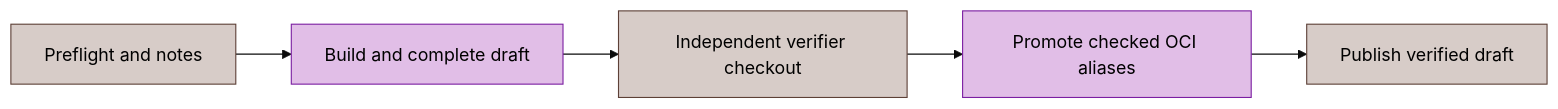
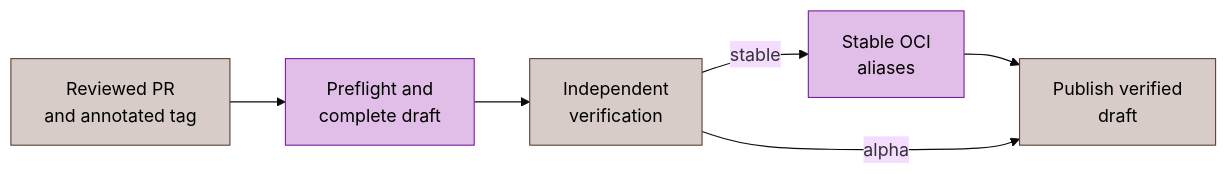
The diagram in docs/en/reference/automation.md (dantte-lp/gobfd), drawn with Mermaid (base theme) before and after one commit. The commit also changed other lines of this file and 35 other files, not shown here.

First line of the commit message:
feat(ci): add verified alpha release proposals and publication

````diff
--- a/docs/en/reference/automation.md
+++ b/docs/en/reference/automation.md
@@ -36,11 +36,12 @@
 ```mermaid
 flowchart LR
-  accTitle: Release verification and publication
-  accDescr: Independent verification precedes alias promotion and the terminal draft publication.
-    identity["Preflight and notes"]:::mgt --> build["Build and complete draft"]:::srv
-    build --> verify["Independent verifier checkout"]:::mgt
-    verify --> aliases["Promote checked OCI aliases"]:::srv
-    aliases --> publish["Publish verified draft"]:::mgt
+  accTitle: Release proposal, verification and publication
+  accDescr: A reviewed release PR and annotated tag precede draft verification; only stable releases promote aliases.
+    proposal["Reviewed PR<br/>and annotated tag"]:::mgt --> build["Preflight and<br/>complete draft"]:::srv
+    build --> verify["Independent<br/>verification"]:::mgt
+    verify -->|"stable"| aliases["Stable OCI<br/>aliases"]:::srv
+    aliases --> publish["Publish verified<br/>draft"]:::mgt
+    verify -->|"alpha"| publish
     classDef srv fill:#e1bee7,stroke:#7b1fa2,color:#000
     classDef mgt fill:#d7ccc8,stroke:#5d4037,color:#000
 ```
````
